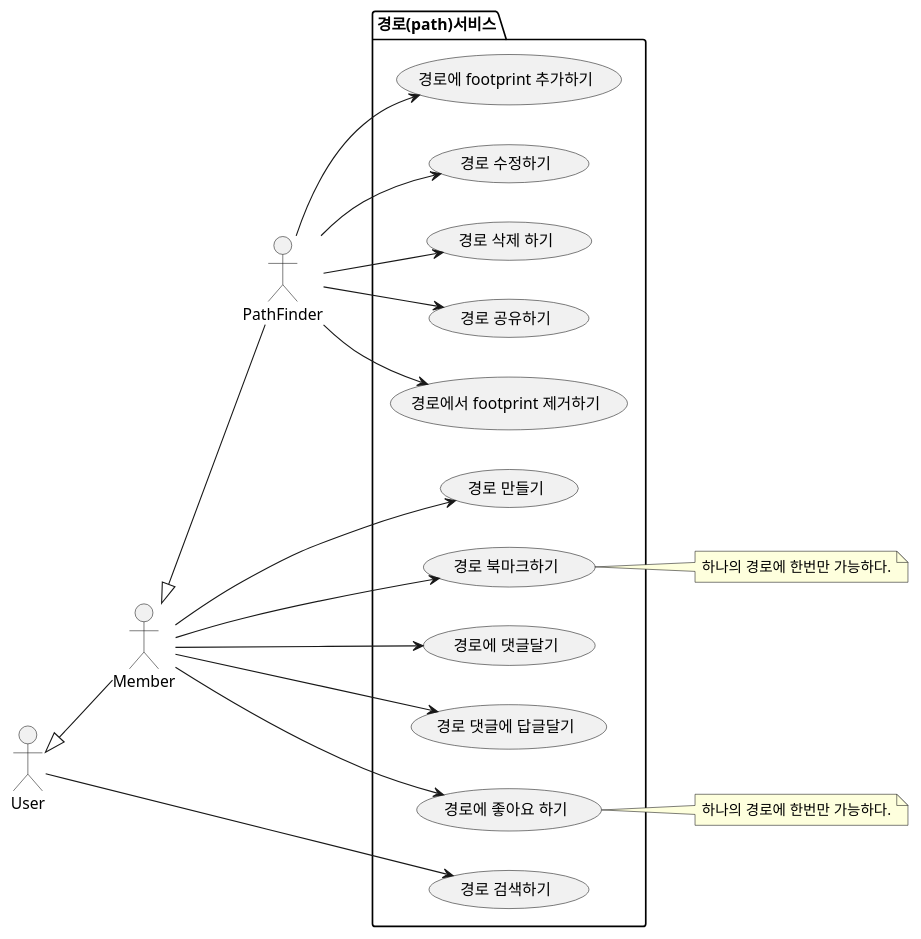
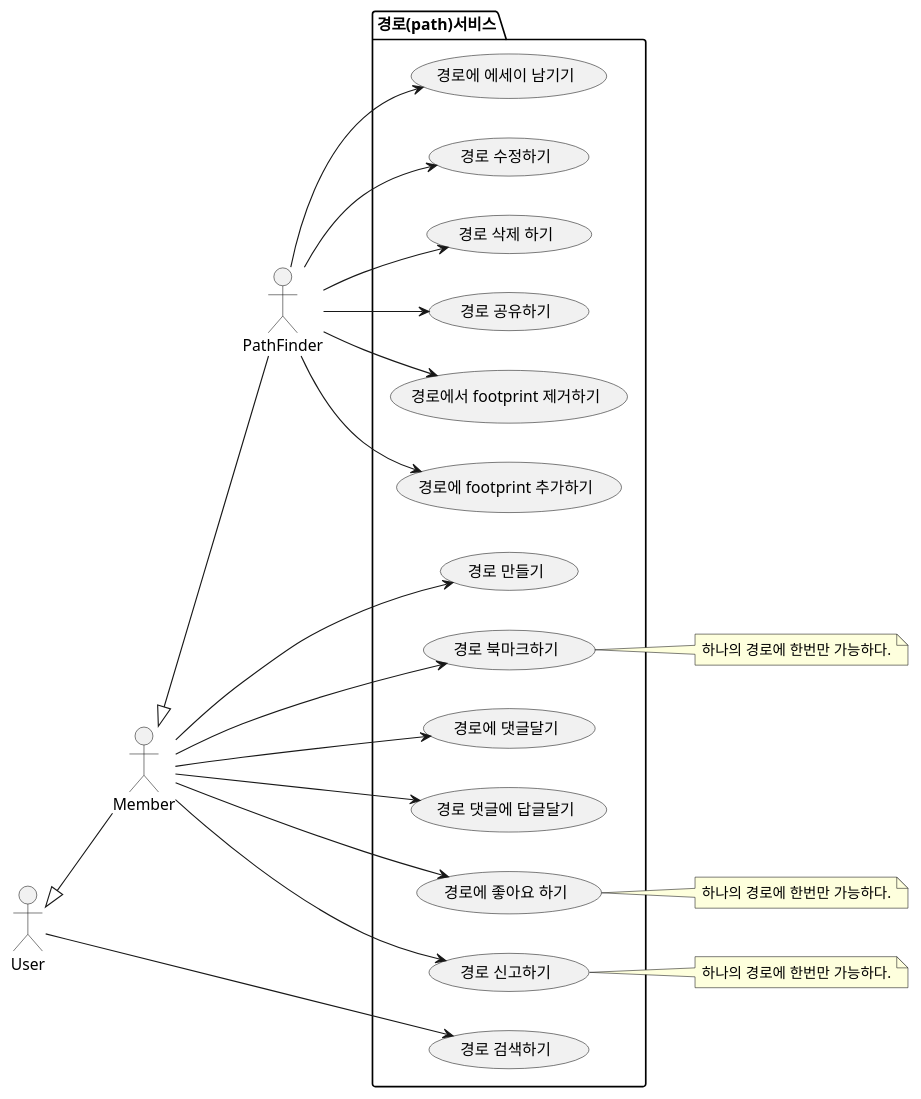
Before and after one commit to doubleu0714/footprint: the diagram in usecase/path.puml, drawn with PlantUML. The commit also changed 4 other files, not shown here.

```diff
--- a/usecase/path.puml
+++ b/usecase/path.puml
@@ -1,41 +1,49 @@
 @startuml
 left to right direction
 actor User as u
 actor Member as m
 actor PathFinder as p
 u <|-- m
 m <|-- p
 
 package 경로(path)서비스 {
     usecase "경로 만들기" as r.uc1
     usecase "경로 수정하기" as r.uc2
     usecase "경로 삭제 하기" as r.uc3
     usecase "경로 북마크하기" as r.uc4
     usecase "경로 공유하기" as r.uc5
     usecase "경로에 댓글달기" as r.uc6
     usecase "경로 댓글에 답글달기" as r.uc7
     usecase "경로 검색하기" as r.uc8
     usecase "경로에서 footprint 제거하기" as r.uc9
     usecase "경로에 footprint 추가하기" as r.uc10
     usecase "경로에 좋아요 하기" as r.uc11
+    usecase "경로에 에세이 남기기" as r.uc12
+    usecase "경로 신고하기" as r.uc13
 }
 u --> r.uc8
 m --> r.uc1
 p --> r.uc2
 p --> r.uc3
 m --> r.uc4
 p --> r.uc5
 m --> r.uc6
 m --> r.uc7
 p --> r.uc9
 p --> r.uc10
 m --> r.uc11
+p --> r.uc12
+m --> r.uc13
 
 note right of r.uc11
     하나의 경로에 한번만 가능하다.
 end note
 
 note right of r.uc4
     하나의 경로에 한번만 가능하다.
 end note
+
+note right of r.uc13
+    하나의 경로에 한번만 가능하다.
+end note
 @enduml
```
